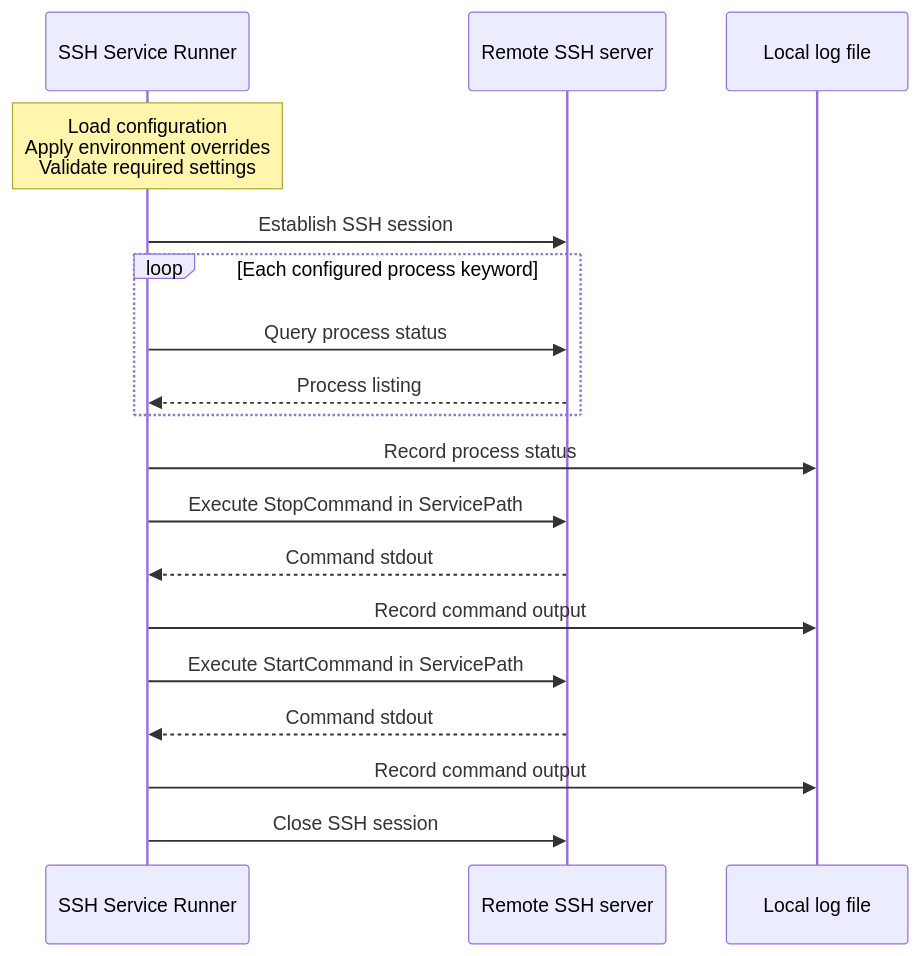
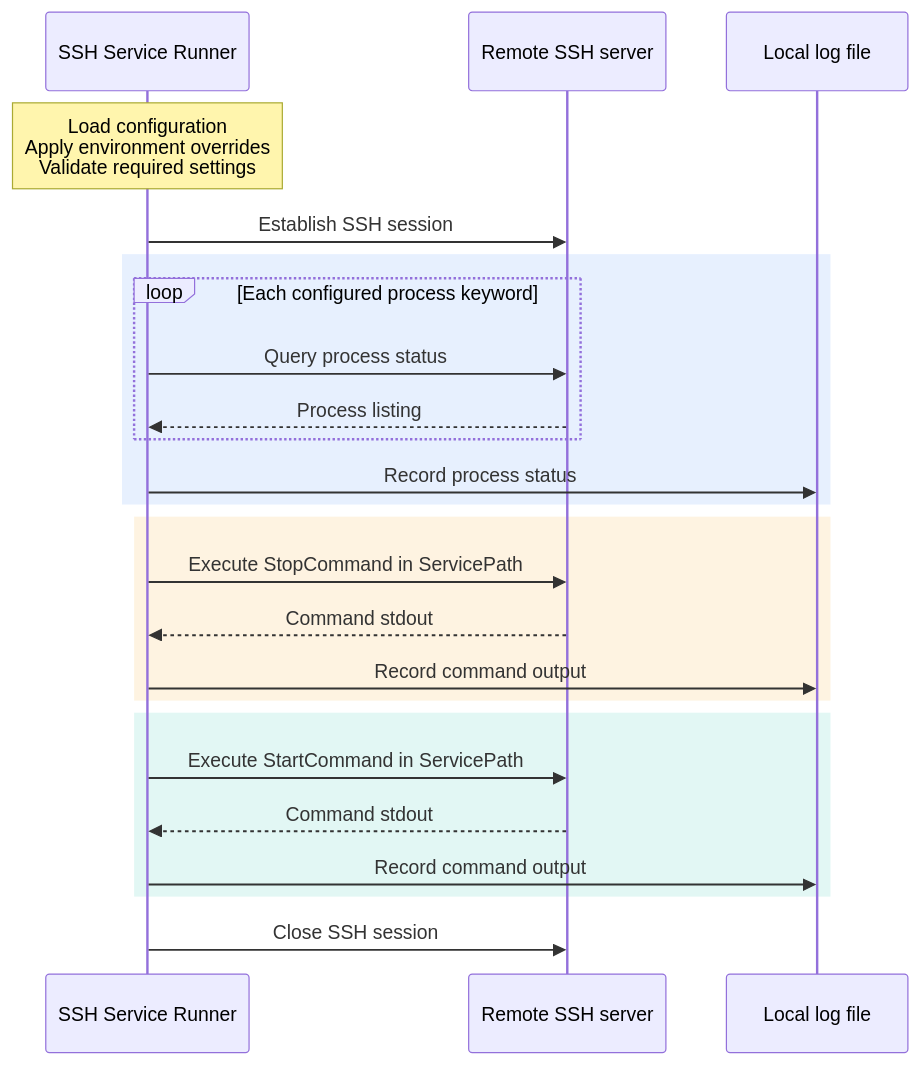
One commit to Todayos/WinExcSSH changed the diagram in README.md. Above: the diagram before and after it, drawn with Mermaid. The commit also changed other lines of this file and 1 other file, not shown here.

````diff
--- a/README.md
+++ b/README.md
@@ -9,21 +24,27 @@
 ```mermaid
 sequenceDiagram
     participant Runner as SSH Service Runner
     participant Host as Remote SSH server
     participant Log as Local log file
 
     Note over Runner: Load configuration<br/>Apply environment overrides<br/>Validate required settings
     Runner->>Host: Establish SSH session
-    loop Each configured process keyword
-        Runner->>Host: Query process status
-        Host-->>Runner: Process listing
+    rect rgba(59, 130, 246, 0.12)
+        loop Each configured process keyword
+            Runner->>Host: Query process status
+            Host-->>Runner: Process listing
+        end
+        Runner->>Log: Record process status
     end
-    Runner->>Log: Record process status
-    Runner->>Host: Execute StopCommand in ServicePath
-    Host-->>Runner: Command stdout
-    Runner->>Log: Record command output
-    Runner->>Host: Execute StartCommand in ServicePath
-    Host-->>Runner: Command stdout
-    Runner->>Log: Record command output
+    rect rgba(245, 158, 11, 0.12)
+        Runner->>Host: Execute StopCommand in ServicePath
+        Host-->>Runner: Command stdout
+        Runner->>Log: Record command output
+    end
+    rect rgba(20, 184, 166, 0.12)
+        Runner->>Host: Execute StartCommand in ServicePath
+        Host-->>Runner: Command stdout
+        Runner->>Log: Record command output
+    end
     Runner->>Host: Close SSH session
 ```
````
